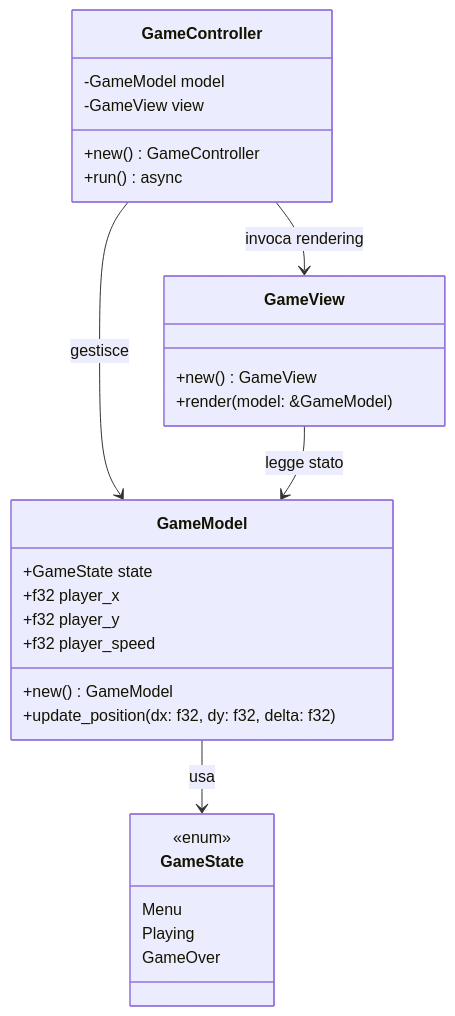
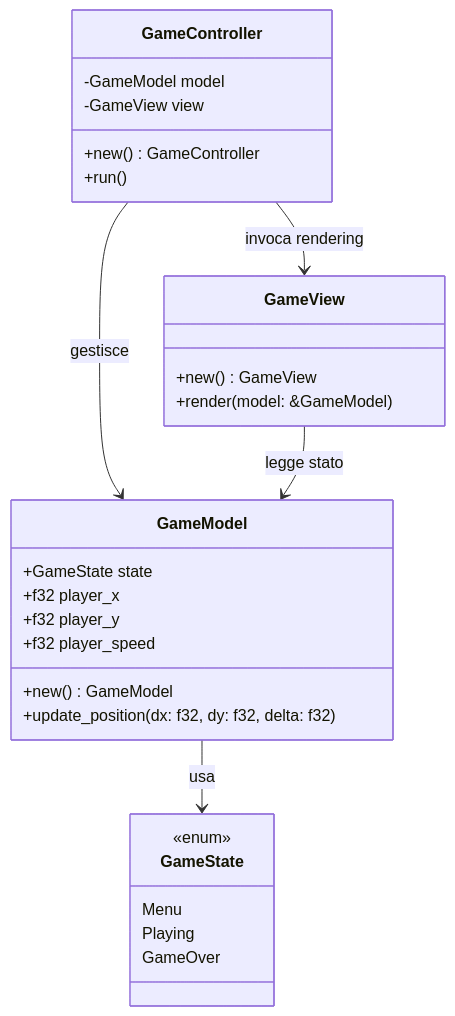
The diagram in README.md (mad4j/mvc-game), drawn with Mermaid before and after one commit.

````diff
--- a/README.md
+++ b/README.md
@@ -4,36 +4,36 @@
 ``` mermaid
 classDiagram
     class GameModel {
         +GameState state
         +f32 player_x
         +f32 player_y
         +f32 player_speed
         +new() GameModel
         +update_position(dx: f32, dy: f32, delta: f32)
     }
 
     class GameView {
         +new() GameView
         +render(model: &GameModel)
     }
 
     class GameController {
         -GameModel model
         -GameView view
         +new() GameController
-        +run() async
+        +run() 
     }
 
     class GameState {
         <<enum>>
         Menu
         Playing
         GameOver
     }
 
     %% Relazioni
     GameController --> GameModel : gestisce
     GameController --> GameView : invoca rendering
     GameView --> GameModel : legge stato
     GameModel --> GameState : usa
 ```
````
